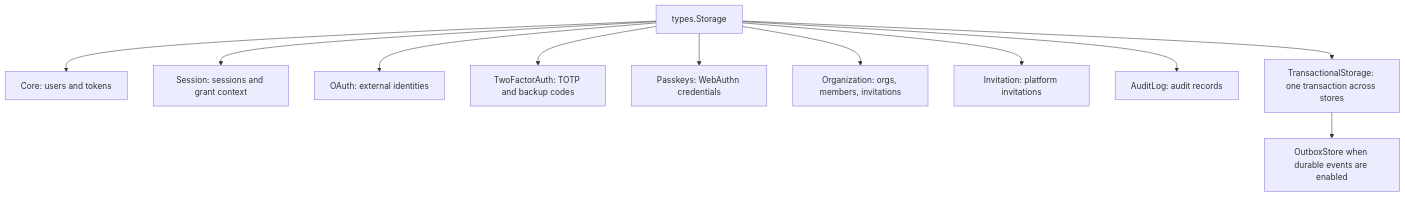
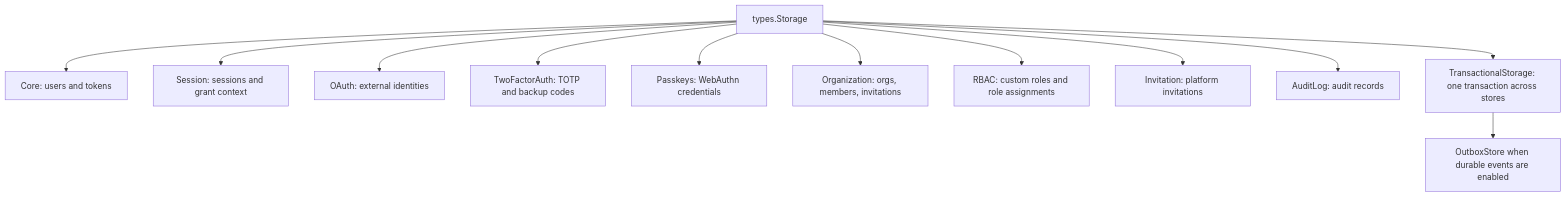
The fifth of 7 diagrams in docs/docs/architecture.md (bete7512/goauth), drawn with Mermaid before and after one commit. The commit also changed other lines of this file and 60 other files, not shown here.

````diff
--- a/docs/docs/architecture.md
+++ b/docs/docs/architecture.md
@@ -156,13 +158,14 @@
 ```mermaid
 graph TD
     S["types.Storage"] --> Core["Core: users and tokens"]
     S --> Sessions["Session: sessions and grant context"]
     S --> OAuth["OAuth: external identities"]
     S --> TwoFactor["TwoFactorAuth: TOTP and backup codes"]
     S --> Passkeys["Passkeys: WebAuthn credentials"]
     S --> Organization["Organization: orgs, members, invitations"]
+    S --> RBAC["RBAC: custom roles and role assignments"]
     S --> Invitation["Invitation: platform invitations"]
     S --> Audit["AuditLog: audit records"]
     S --> Tx["TransactionalStorage: one transaction across stores"]
     Tx --> Outbox["OutboxStore when durable events are enabled"]
 ```
````
